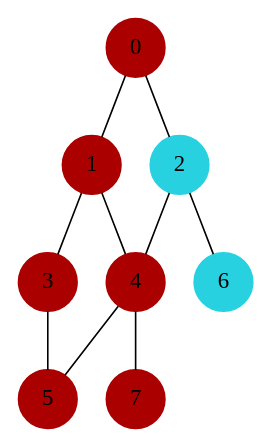
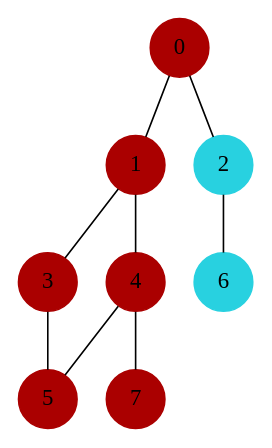
Before and after one commit to bidinpithecus/CAL0002: the diagram in assignments/graphs/data/dfs.dot, drawn with Graphviz. The commit also changed 8 other files, not shown here.

```diff
--- a/assignments/graphs/data/dfs.dot
+++ b/assignments/graphs/data/dfs.dot
@@ -1,29 +1,27 @@
 strict graph BusStops {
 	node [shape = circle, style = filled, color = "#aa0000"]; 0;
 	node [shape = circle, style = filled, color = "#aa0000"]; 1;
 	node [shape = circle, style = filled, color = "#28d1e0"]; 2;
 	node [shape = circle, style = filled, color = "#aa0000"]; 3;
 	node [shape = circle, style = filled, color = "#aa0000"]; 4;
 	node [shape = circle, style = filled, color = "#aa0000"]; 5;
 	node [shape = circle, style = filled, color = "#28d1e0"]; 6;
 	node [shape = circle, style = filled, color = "#aa0000"]; 7;
 
 	0 -- 1
 	0 -- 2
 	1 -- 0
 	1 -- 3
 	1 -- 4
 	2 -- 0
-	2 -- 4
 	2 -- 6
 	3 -- 1
 	3 -- 5
 	4 -- 1
-	4 -- 2
 	4 -- 5
 	4 -- 7
 	5 -- 3
 	5 -- 4
 	6 -- 2
 	7 -- 4
 }
```
